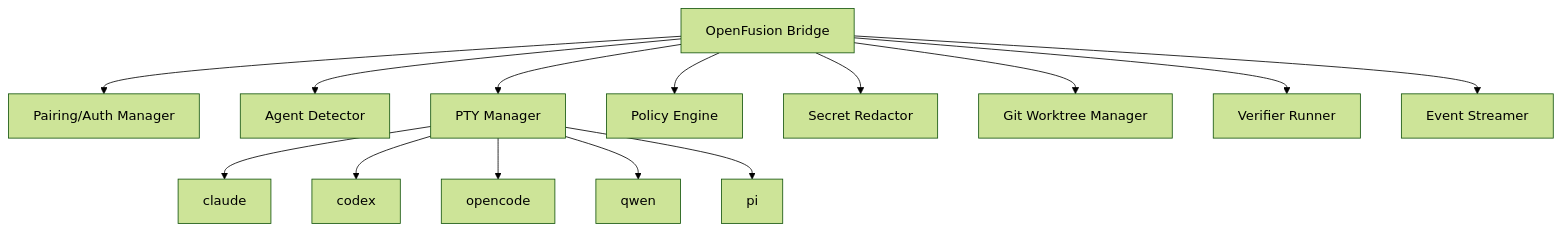
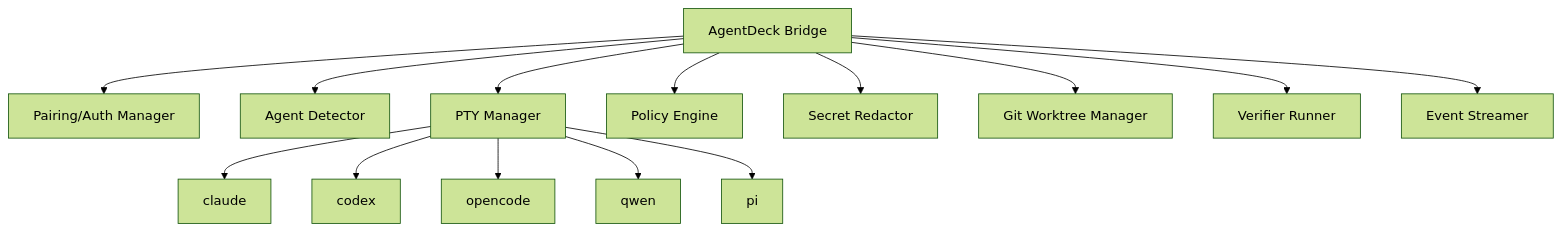
Before and after one commit to itsVijayCoder/agentDeck: the fourth of 11 diagrams in Docs/IMPLEMENTATION_GUIDE_WITHOUT_I.md, drawn with Mermaid (forest theme). The commit also changed other lines of this file and 86 other files, not shown here.

First line of the commit message:
refactor: rename project from openfusion to AgentDeck

````diff
--- a/Docs/IMPLEMENTATION_GUIDE_WITHOUT_I.md
+++ b/Docs/IMPLEMENTATION_GUIDE_WITHOUT_I.md
@@ -310,31 +310,31 @@
 ```mermaid
 flowchart TB
-  Bridge[OpenFusion Bridge]
+  Bridge[AgentDeck Bridge]
   Pairing[Pairing/Auth Manager]
   Detector[Agent Detector]
   PTY[PTY Manager]
   Policy[Policy Engine]
   Redactor[Secret Redactor]
   Worktree[Git Worktree Manager]
   Verifier[Verifier Runner]
   Stream[Event Streamer]
   Claude[claude]
   Codex[codex]
   OpenCode[opencode]
   Qwen[qwen]
   Pi[pi]
 
   Bridge --> Pairing
   Bridge --> Detector
   Bridge --> PTY
   Bridge --> Policy
   Bridge --> Redactor
   Bridge --> Worktree
   Bridge --> Verifier
   Bridge --> Stream
   PTY --> Claude
   PTY --> Codex
   PTY --> OpenCode
   PTY --> Qwen
   PTY --> Pi
 ```
````
